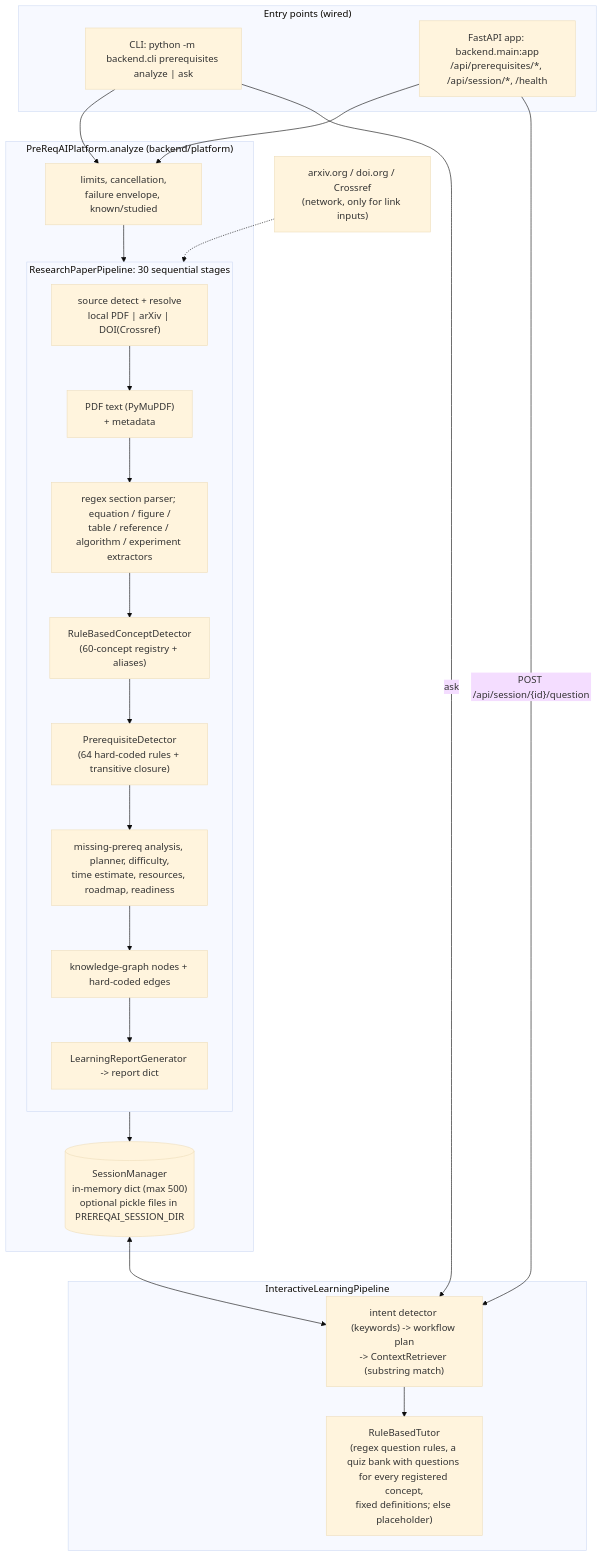
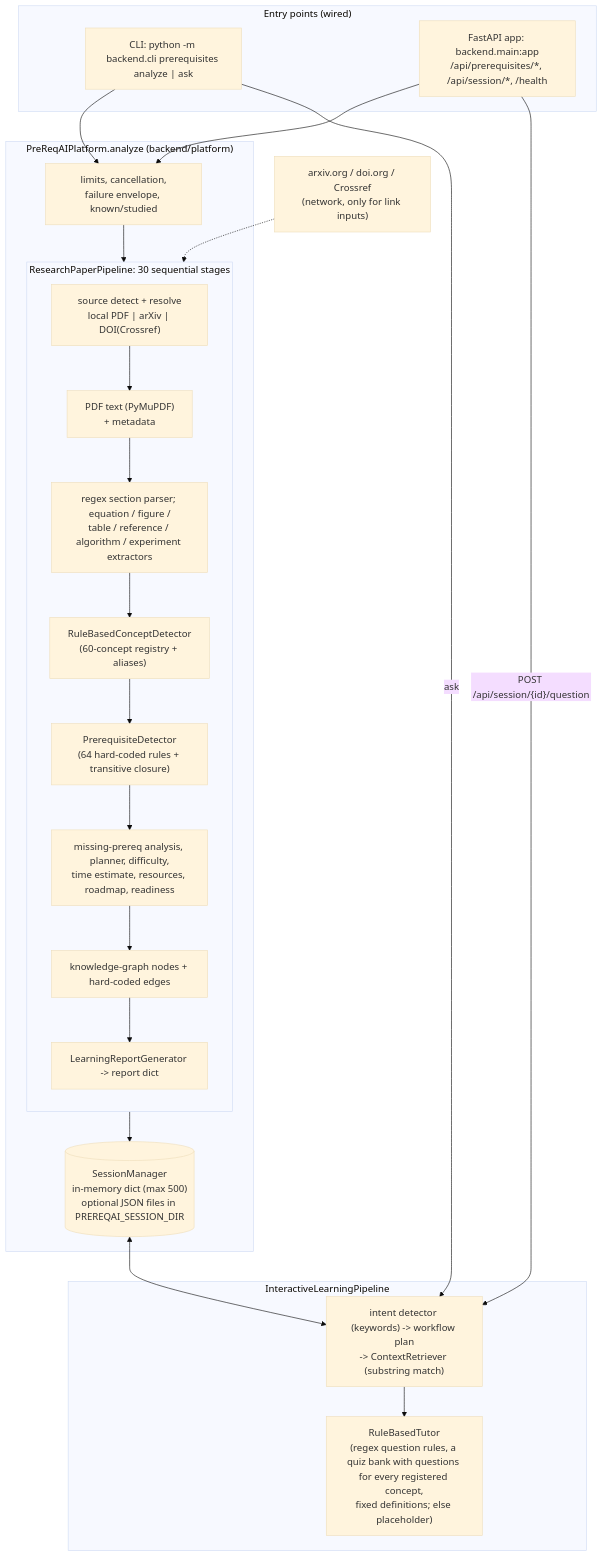
One commit to 23f2003574/PreReqAI changed the first of 2 diagrams in ARCHITECTURE.md. Above: the diagram before and after it, drawn with Mermaid (base theme). The commit also changed other lines of this file and 9 other files, not shown here.

````diff
--- a/ARCHITECTURE.md
+++ b/ARCHITECTURE.md
@@ -26,40 +26,40 @@
 ```mermaid
 flowchart TD
     subgraph Entry["Entry points (wired)"]
         CLI["CLI: python -m backend.cli prerequisites analyze | ask"]
         HTTP["FastAPI app: backend.main:app<br/>/api/prerequisites/*, /api/session/*, /health"]
     end
 
     CLI --> PLAT
     HTTP --> PLAT
 
     subgraph Core["PreReqAIPlatform.analyze (backend/platform)"]
         PLAT["limits, cancellation,<br/>failure envelope, known/studied"]
         PLAT --> PIPE
         subgraph PIPE["ResearchPaperPipeline: 30 sequential stages"]
             direction TB
             S1["source detect + resolve<br/>local PDF | arXiv | DOI(Crossref)"]
             S2["PDF text (PyMuPDF)<br/>+ metadata"]
             S3["regex section parser; equation / figure /<br/>table / reference / algorithm / experiment extractors"]
             S4["RuleBasedConceptDetector<br/>(60-concept registry + aliases)"]
             S5["PrerequisiteDetector<br/>(64 hard-coded rules + transitive closure)"]
             S6["missing-prereq analysis, planner, difficulty,<br/>time estimate, resources, roadmap, readiness"]
             S7["knowledge-graph nodes + hard-coded edges"]
             S8["LearningReportGenerator -> report dict"]
             S1 --> S2 --> S3 --> S4 --> S5 --> S6 --> S7 --> S8
         end
         PIPE --> SM
     end
 
-    SM[("SessionManager<br/>in-memory dict (max 500)<br/>optional pickle files in PREREQAI_SESSION_DIR")]
+    SM[("SessionManager<br/>in-memory dict (max 500)<br/>optional JSON files in PREREQAI_SESSION_DIR")]
 
     HTTP -->|"POST /api/session/{id}/question"| ILP
     CLI -->|"ask"| ILP
     SM <--> ILP
     subgraph Tutor["InteractiveLearningPipeline"]
         ILP["intent detector (keywords) -> workflow plan<br/>-> ContextRetriever (substring match)"]
         ILP --> RBT["RuleBasedTutor<br/>(regex question rules, a quiz bank with questions for every registered concept,<br/>fixed definitions; else placeholder)"]
     end
 
     ext1["arxiv.org / doi.org / Crossref<br/>(network, only for link inputs)"] -.-> S1
 ```
````
